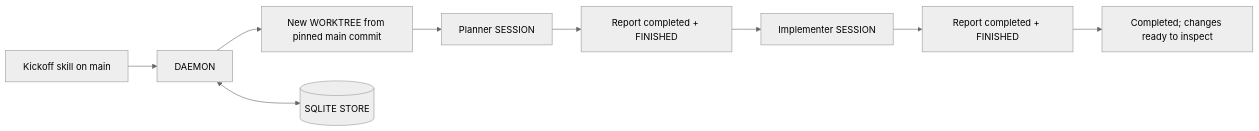
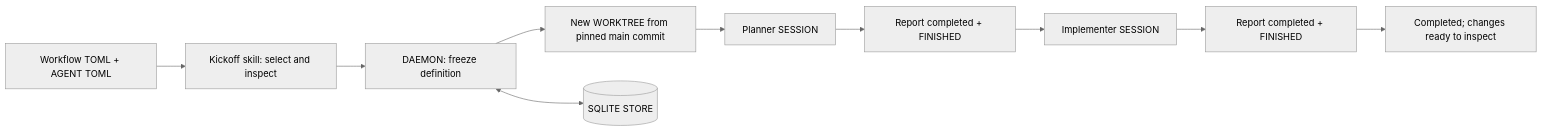
One commit to AgentSystemLabs/nebula changed the diagram in docs/workflows.md. Above: the diagram before and after it, drawn with Mermaid (neutral theme). The commit also changed other lines of this file and 55 other files, not shown here.

````diff
--- a/docs/workflows.md
+++ b/docs/workflows.md
@@ -17,11 +25,12 @@
 ```mermaid
 flowchart LR
-    S[Kickoff skill on main] --> D[DAEMON]
+    F[Workflow TOML + AGENT TOML] --> S[Kickoff skill: select and inspect]
+    S --> D[DAEMON: freeze definition]
     D --> W[New WORKTREE from pinned main commit]
     W --> P[Planner SESSION]
     P --> R1[Report completed + FINISHED]
     R1 --> I[Implementer SESSION]
     I --> R2[Report completed + FINISHED]
     R2 --> C[Completed; changes ready to inspect]
     D <--> DB[(SQLITE STORE)]
 ```
````
